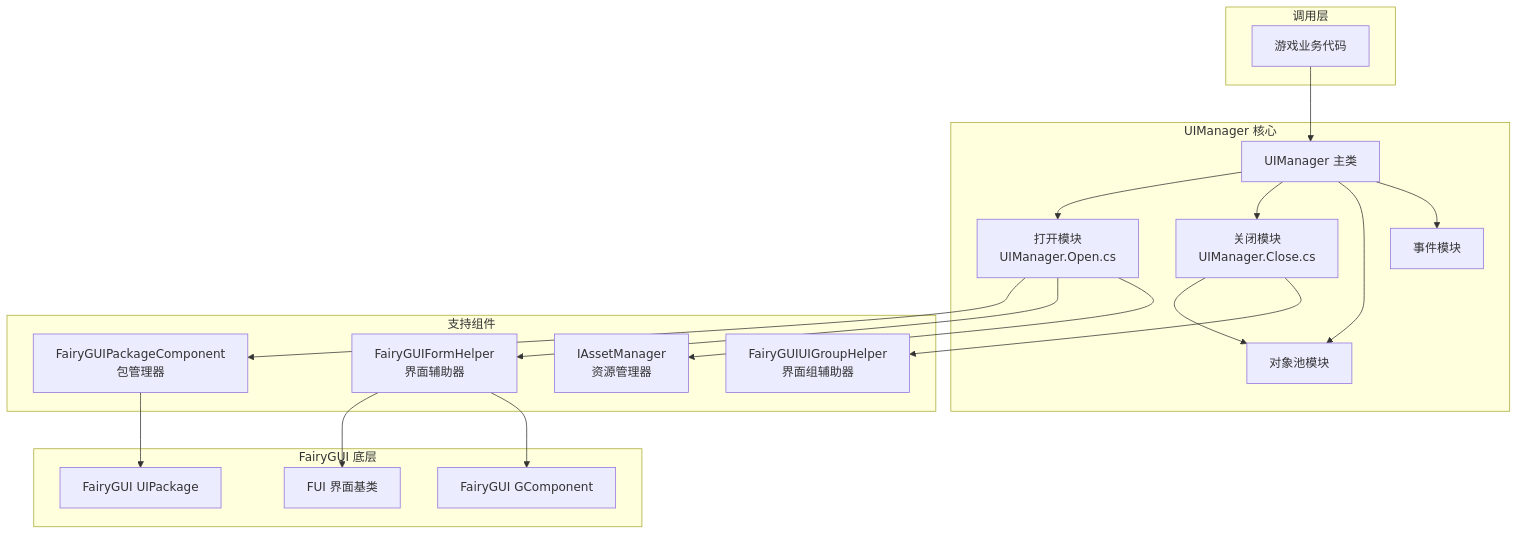
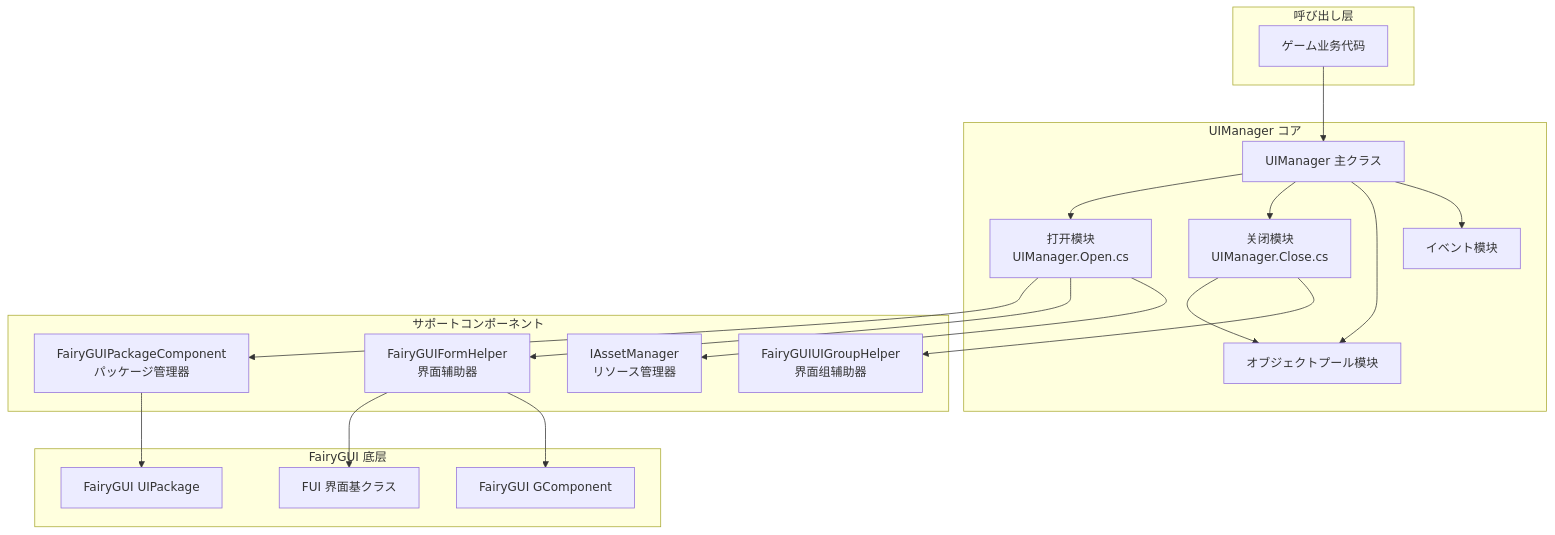
One commit to AlianBlank/GameFrameX.Docs changed the first of 3 diagrams in docs/ja/client/unity/component/ui-fairygui/08.ui-manager.md. Above: the diagram before and after it, drawn with Mermaid. The commit also changed other lines of this file and 603 other files, not shown here.

````diff
--- a/docs/ja/client/unity/component/ui-fairygui/08.ui-manager.md
+++ b/docs/ja/client/unity/component/ui-fairygui/08.ui-manager.md
@@ -28,44 +28,44 @@
 ```mermaid
 flowchart TD
-    subgraph External["调用层"]
-        Game["游戏业务代码"]
+    subgraph External["呼び出し层"]
+        Game["ゲーム业务代码"]
     end
 
-    subgraph UIManagerCore["UIManager 核心"]
-        Main[UIManager 主类]
+    subgraph UIManagerCore["UIManager コア"]
+        Main[UIManager 主クラス]
         OpenModule[打开模块<br/>UIManager.Open.cs]
         CloseModule[关闭模块<br/>UIManager.Close.cs]
-        PoolModule[对象池模块]
-        EventModule[事件模块]
+        PoolModule[オブジェクトプール模块]
+        EventModule[イベント模块]
     end
 
-    subgraph Support["支持组件"]
-        PackageMgr[FairyGUIPackageComponent<br/>包管理器]
+    subgraph Support["サポートコンポーネント"]
+        PackageMgr[FairyGUIPackageComponent<br/>パッケージ管理器]
         FormHelper[FairyGUIFormHelper<br/>界面辅助器]
         GroupHelper[FairyGUIUIGroupHelper<br/>界面组辅助器]
-        AssetMgr[IAssetManager<br/>资源管理器]
+        AssetMgr[IAssetManager<br/>リソース管理器]
     end
 
     subgraph FairyGUI["FairyGUI 底层"]
-        FUI[FUI 界面基类]
+        FUI[FUI 界面基クラス]
         GComponent[FairyGUI GComponent]
         UIPackage[FairyGUI UIPackage]
     end
 
     Game --> Main
     Main --> OpenModule
     Main --> CloseModule
     Main --> PoolModule
     Main --> EventModule
     
     OpenModule --> PackageMgr
     OpenModule --> FormHelper
     OpenModule --> AssetMgr
     
     CloseModule --> PoolModule
     CloseModule --> GroupHelper
     
     FormHelper --> FUI
     FormHelper --> GComponent
     PackageMgr --> UIPackage
 ```
````
